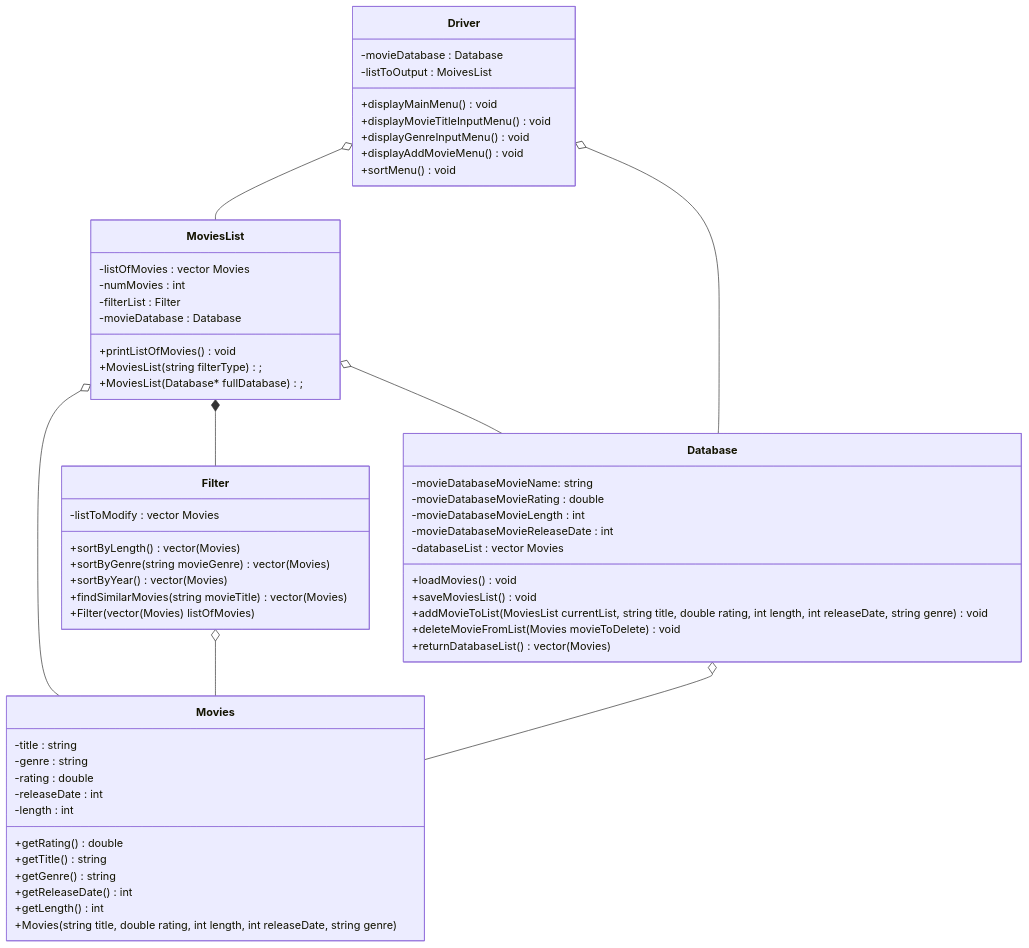
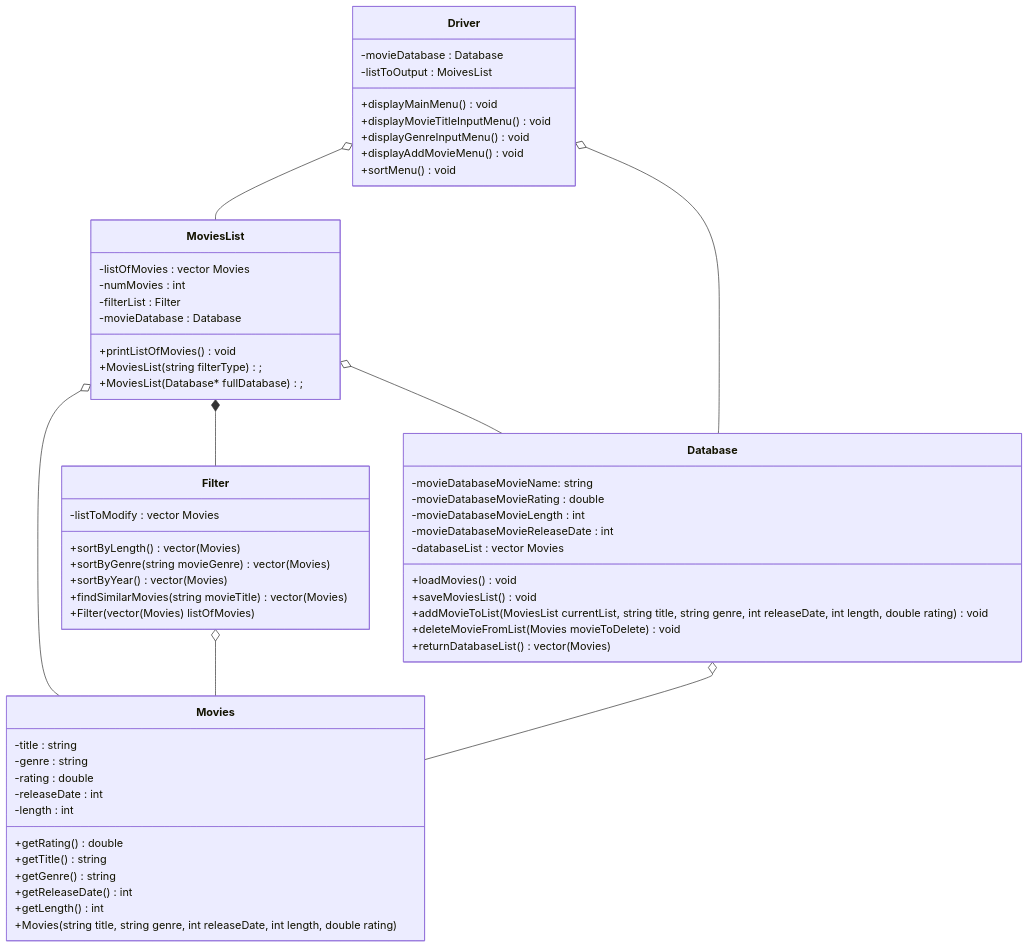
The diagram in README.md (ssant096/Movie-Recommeder), drawn with Mermaid before and after one commit.

Commit message:
update UML

````diff
--- a/README.md
+++ b/README.md
@@ -19,62 +19,62 @@
 ```mermaid
  classDiagram
  MoviesList o-- Movies
  MoviesList *-- Filter
  Driver o-- MoviesList
  MoviesList o-- Database
  Driver o-- Database
  Filter o-- Movies
  Database o-- Movies
  
  class Driver{
    -movieDatabase : Database
    -listToOutput : MoivesList
    +displayMainMenu() void
    +displayMovieTitleInputMenu() void
    +displayGenreInputMenu() void
    +displayAddMovieMenu() void
    +sortMenu() void
  }
  class Database{
    -movieDatabaseMovieName: string
    -movieDatabaseMovieRating : double
    -movieDatabaseMovieLength : int
    -movieDatabaseMovieReleaseDate : int
    -databaseList : vector Movies
    +loadMovies() void
    +saveMoviesList() void
-   +addMovieToList(MoviesList currentList, string title, double rating, int length, int releaseDate, string genre) void
+   +addMovieToList(MoviesList currentList, string title, string genre, int releaseDate, int length, double rating) void
    +deleteMovieFromList(Movies movieToDelete) void
    +returnDatabaseList() : vector(Movies)
  }
  class Movies{
    -title : string
    -genre : string
    -rating : double
    -releaseDate : int
    -length : int
    +getRating() double
    +getTitle() string
    +getGenre() string
    +getReleaseDate() int
    +getLength() int
-   +Movies(string title, double rating, int length, int releaseDate, string genre) 
+   +Movies(string title, string genre, int releaseDate, int length, double rating) 
  }
  class MoviesList{
    -listOfMovies : vector Movies
    -numMovies : int
    -filterList : Filter
    -movieDatabase : Database
    +printListOfMovies() void
    +MoviesList(string filterType);
    +MoviesList(Database* fullDatabase);
  }
  class Filter{
    -listToModify : vector Movies
    +sortByLength() : vector(Movies)
    +sortByGenre(string movieGenre) : vector(Movies)
    +sortByYear() : vector(Movies)
    +findSimilarMovies(string movieTitle) : vector(Movies)
    +Filter(vector(Movies) listOfMovies)
  }
 ``` 
````
